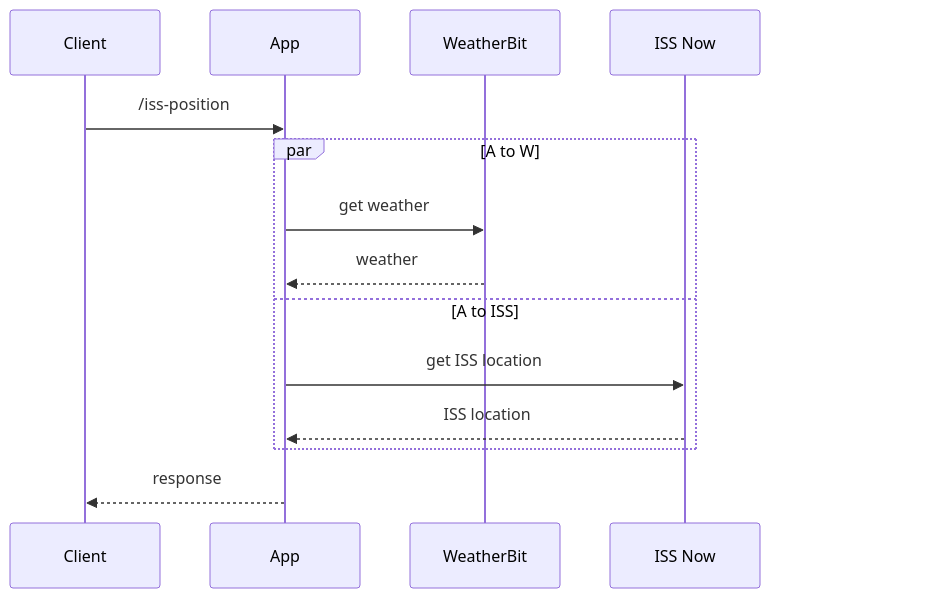
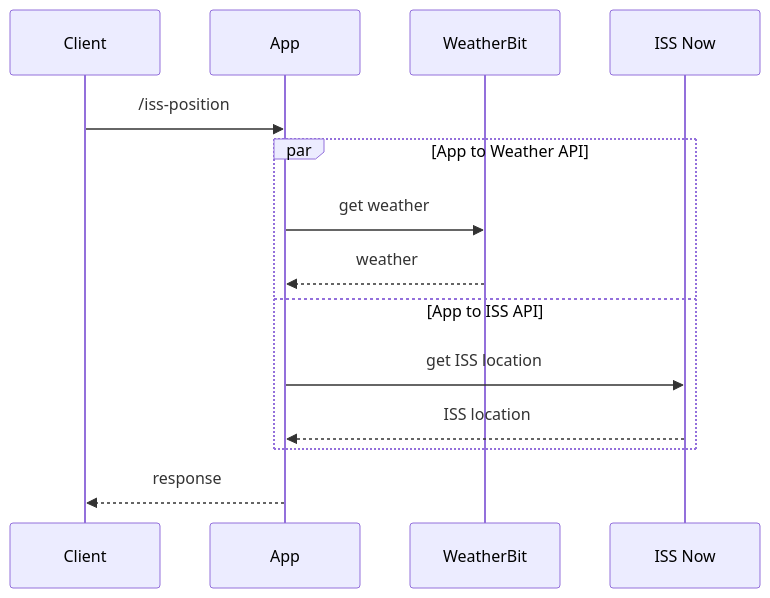
One commit to vidhill/the-starry-night changed the diagram in README.md. Above: the diagram before and after it, drawn with Mermaid.

Commit message:
Update sequence diagram

````diff
--- a/README.md
+++ b/README.md
@@ -5,18 +5,16 @@
 ```mermaid
 sequenceDiagram
     participant C as Client
     participant A as App
     participant W as WeatherBit
-    link W: https://www.weatherbit.io/api
     participant ISS as ISS Now
-    link ISS: http://api.open-notify.org/iss-now.json
     C->>A: /iss-position
-    par A to W
+    par App to Weather API
         A->>W: get weather
         W-->>A: weather
-    and A to ISS
+    and App to ISS API
         A->>ISS: get ISS location
         ISS-->>A: ISS location
     end
     A-->>C: response
 ```
````
